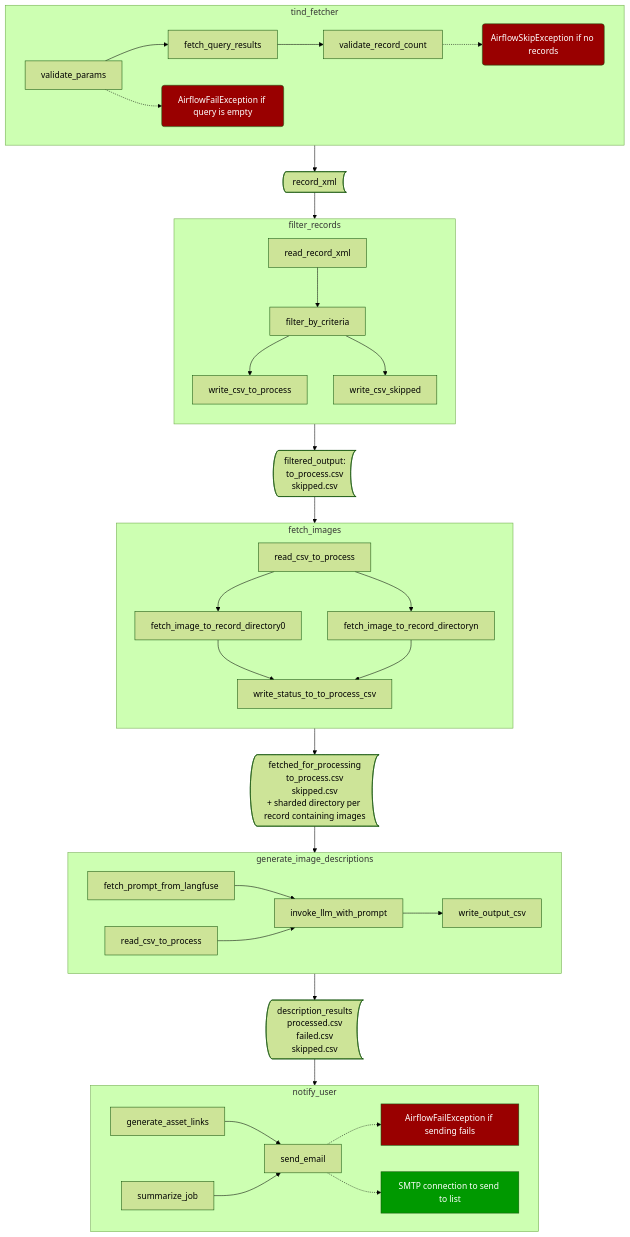
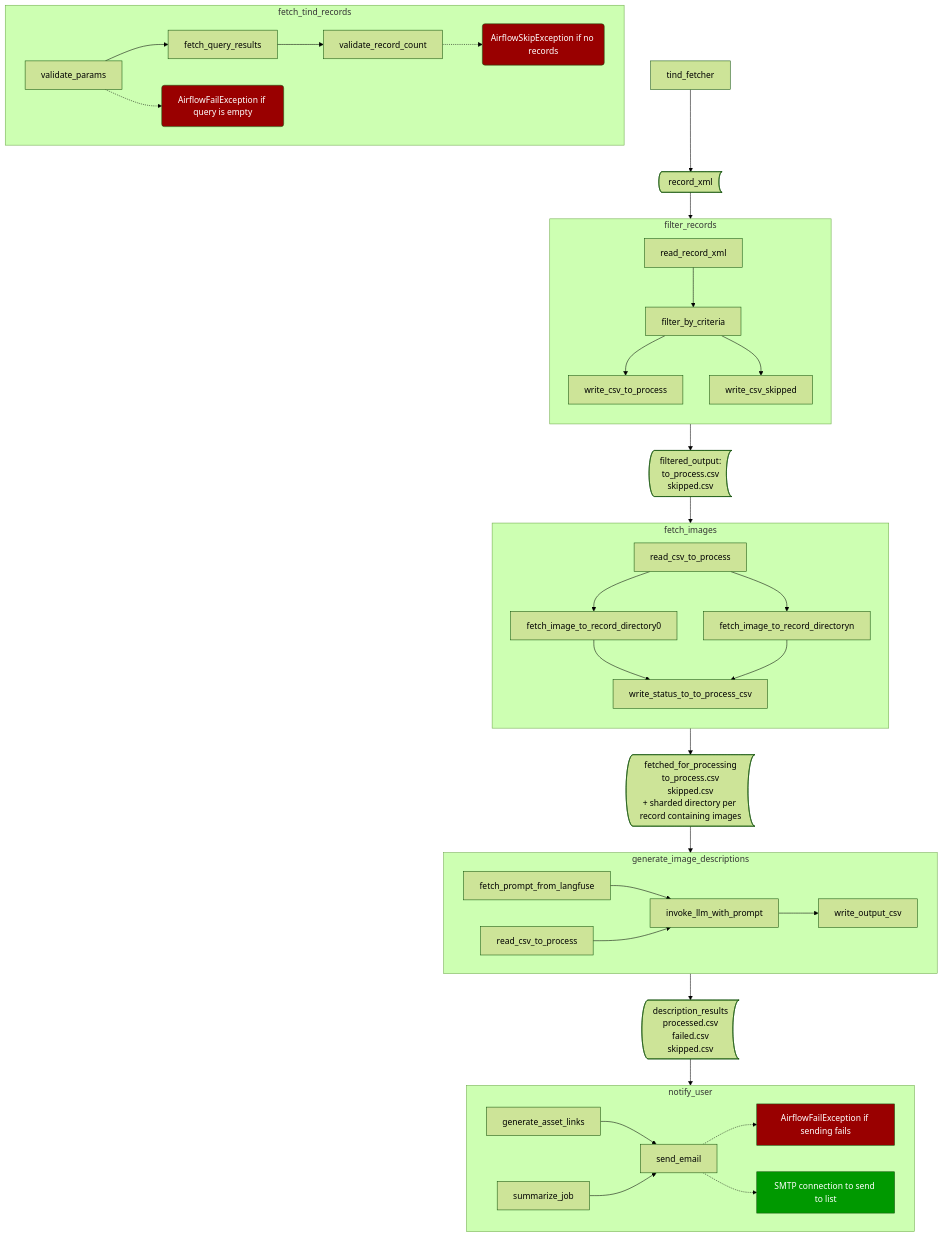
One commit to BerkeleyLibrary/mokelumne changed the diagram in dags/batch_image_description.md. Above: the diagram before and after it, drawn with Mermaid (forest theme).

Commit message:
rename tind_fetcher to fetch_tind_records

````diff
--- a/dags/batch_image_description.md
+++ b/dags/batch_image_description.md
@@ -3,39 +3,39 @@
 ```mermaid
 flowchart TB
 
-    subgraph tind_fetcher
+    subgraph fetch_tind_records
         direction LR
         validate_params-->fetch_query_results-->validate_record_count
         
         validate_params-.->stop0("AirflowFailException if query is empty")
         validate_record_count-.->stop1("AirflowSkipException if no records")
     end
 
 
     subgraph filter_records
         direction TB
         read_record_xml --> filter_by_criteria --> write_csv_to_process & write_csv_skipped
     end
 
 
     subgraph fetch_images
         direction TB
         read_csv_to_process --> fetch_image_to_record_directory0 & fetch_image_to_record_directoryn --> write_status_to_to_process_csv
     end 
 
     subgraph generate_image_descriptions
         fetch_prompt_from_langfuse & read_csv_to_process1["read_csv_to_process"] --> invoke_llm_with_prompt --> write_output_csv
     end
 
     subgraph notify_user
         generate_asset_links & summarize_job --> send_email -.-> stop2["AirflowFailException if sending fails"] & success0["SMTP connection to send to list"]
     end
 
 
     tind_fetcher --> record_xml@{shape: bow-rect} --> filter_records --> filtered_output@{shape: bow-rect, label: "filtered_output:\n\nto_process.csv\nskipped.csv"} -->fetch_images --> fetched_for_processing@{shape: bow-rect, label: "fetched_for_processing\n\nto_process.csv\nskipped.csv\n+ sharded directory per record containing images"}-->generate_image_descriptions -->description_results@{shape: bow-rect, label: "description_results\n\nprocessed.csv\nfailed.csv\nskipped.csv"} -->notify_user
 
     classDef stop fill: #900,color:#fff
     classDef success fill: #090,color:#fff
     class stop0,stop1,stop2 stop;
     class success0 success;
 ```
````
